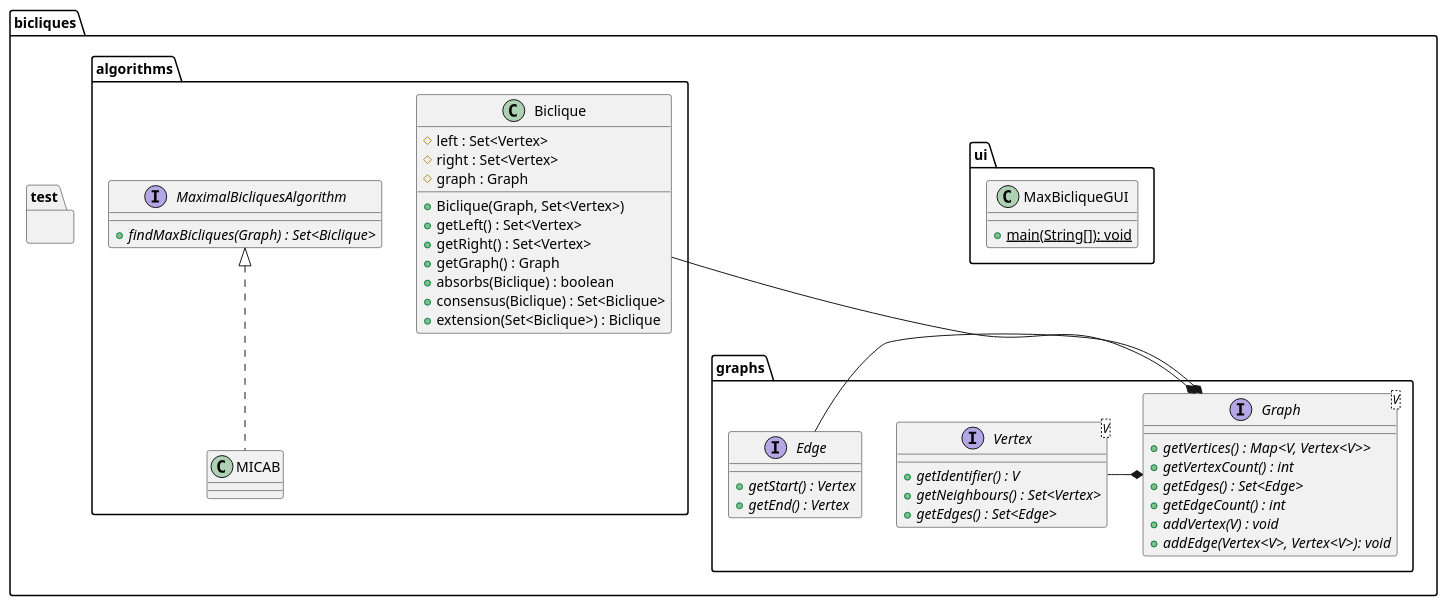
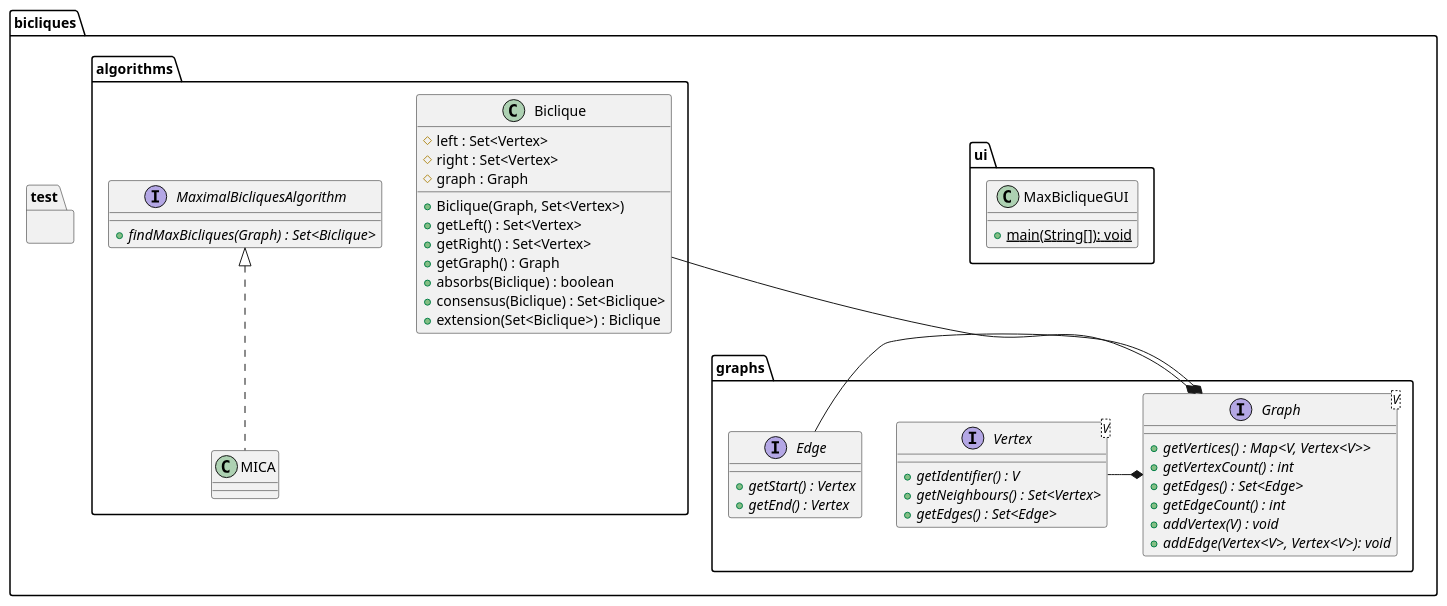
The diagram in class_diagram.puml (wirmius/max_bicliques), drawn with PlantUML before and after one commit. The commit also changed other lines of this file, not shown here.

Commit message:
comments and a question -RK

```diff
--- a/class_diagram.puml
+++ b/class_diagram.puml
@@ -24,108 +25,111 @@
 @startuml
 
 package bicliques {
 
 ' The graph section
 package bicliques.graphs {
 
   'Let's stick to naming the vertexes. We don't care about the edges that much.
   ' We just need to be able to show which vertice goes where.
   interface Graph<V> {
     {method}{abstract} + getVertices() : Map<V, Vertex<V>>
     {method}{abstract} + getVertexCount() : int
     {method}{abstract} + getEdges() : Set<Edge>
     {method}{abstract} + getEdgeCount() : int
     {method}{abstract} + addVertex(V) : void
     {method}{abstract} + addEdge(Vertex<V>, Vertex<V>): void
     }
 
 
   interface Vertex<V> {
     {method}{abstract} + getIdentifier() : V
     {method}{abstract} + getNeighbours() : Set<Vertex>
     {method}{abstract} + getEdges() : Set<Edge>
   }
   
   interface Edge {
     {method}{abstract} + getStart() : Vertex
     {method}{abstract} + getEnd() : Vertex
   }
 
   Vertex -* Graph
   Edge -* Graph
 
   ' as far as the graph implementation goes, it's on whoever one of us takes on it. As long as it sticks
   ' to this interfaces it's fine.
 }
 
 
 ' The UI section
 package bicliques.ui {
 
 /'
 For the UI part I say we need to come up with something, that can read in
 the text files (I don't want to be copying and pasting stuff in the windows
 every time I use it). - MI.
 
 So do I. In my suggested screenshot of a possible UI the menu would provide
 - Input: load (from file) or from input in window
 - Output: save (to file)
 - Algorithm: choose between several implemented ones
 - Help: Description of algorithms and the common "About".
 -RK
 '/
 
   class MaxBicliqueGUI {
     {method}{static} + main(String[]): void
   }
 }
 
 ' The algorithms section
 package bicliques.algorithms {
 
+  ' Why should fields have visibiliy "protected" (#)? -RK
+  '
   class Biclique {
     {field} # left : Set<Vertex>
     {field} # right : Set<Vertex>
     {field} # graph : Graph
     ' We really need just one. We assume that it spans the whole graph and we know the graph.
 	{method} + Biclique(Graph, Set<Vertex>)
     ' no need to keep the mapping here since we can always ask the Graph
     {method} + getLeft() : Set<Vertex>
     {method} + getRight() : Set<Vertex>
     {method} + getGraph() : Graph
     {method} + absorbs(Biclique) : boolean
     {method} + consensus(Biclique) : Set<Biclique>
      ' not completely sure about this one
+     ' I would drop it. -RK
 	{method} + extension(Set<Biclique>) : Biclique
   }
 
   Biclique --* Graph
 
   interface MaximalBicliquesAlgorithm {
     {method}{abstract} + findMaxBicliques(Graph) : Set<Biclique>
   }
 
   /'
-  MICA algorithm improved for bipartite graphs. -RK
+  MICA algorithm -RK
   '/
-  class MICAB {
+  class MICA {
   }
   
-  MaximalBicliquesAlgorithm <|.. MICAB
+  MaximalBicliquesAlgorithm <|.. MICA
   
 }
 
 package bicliques.test {
 
 /'
 The testing that we will need. I say we use junit 4 or 5
 to make it more streamlined. -MI
 I agree. -RK
 I agree. -HS
 '/
 
 }
 
 }
 
 @enduml
```
